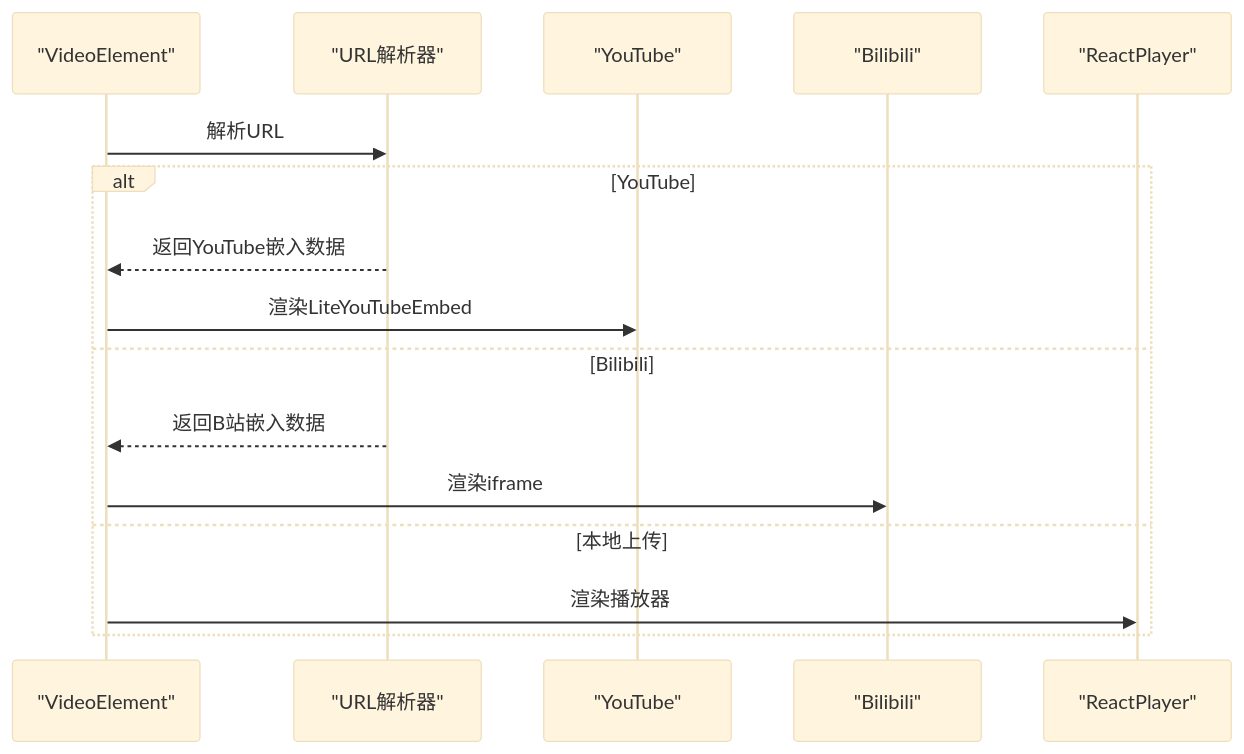
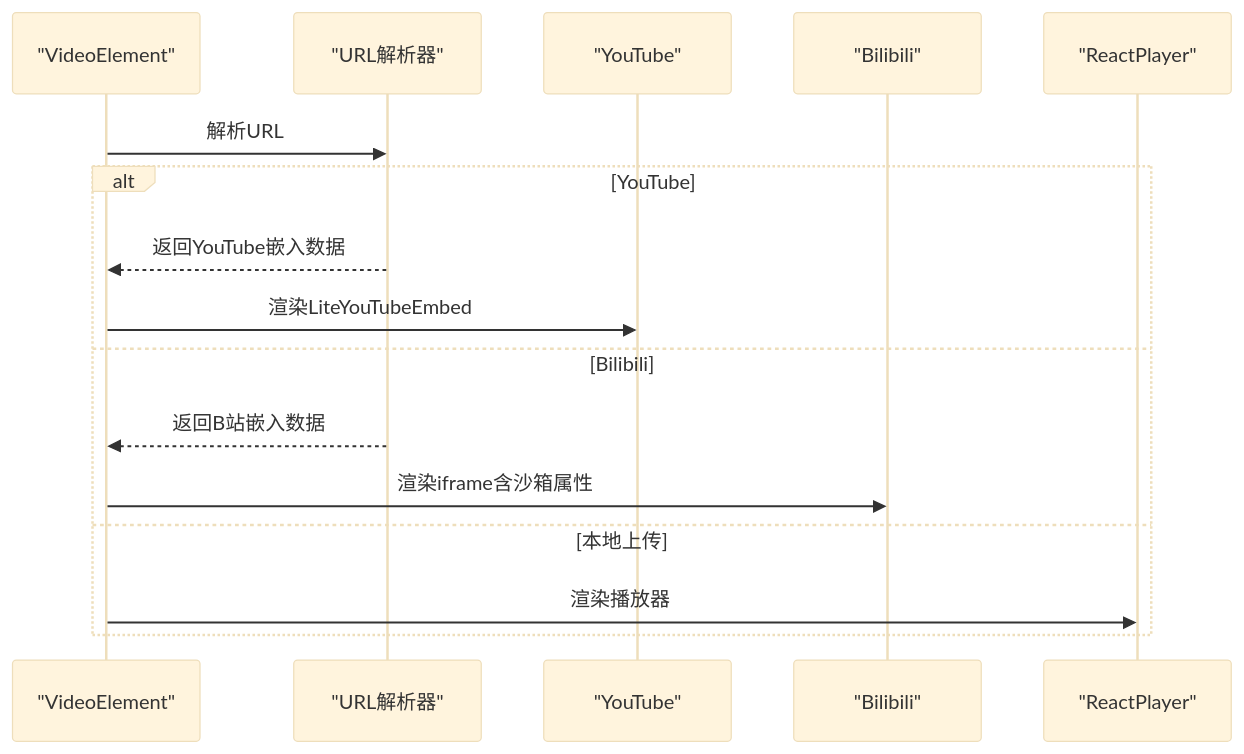
Before and after one commit to BlackBoxRecorder/uninote: the fifth of 6 diagrams in .qoder/repowiki/zh/content/笔记管理系统/富文本编辑器集成/编辑器插件系统/媒体内容插件.md, drawn with Mermaid (base theme). The commit also changed other lines of this file and 36 other files, not shown here.

````diff
--- a/.qoder/repowiki/zh/content/笔记管理系统/富文本编辑器集成/编辑器插件系统/媒体内容插件.md
+++ b/.qoder/repowiki/zh/content/笔记管理系统/富文本编辑器集成/编辑器插件系统/媒体内容插件.md
@@ -207,18 +214,18 @@
 ```mermaid
 sequenceDiagram
 participant V as "VideoElement"
 participant U as "URL解析器"
 participant Y as "YouTube"
 participant B as "Bilibili"
 participant R as "ReactPlayer"
 V->>U : 解析URL
 alt YouTube
 U-->>V : 返回YouTube嵌入数据
 V->>Y : 渲染LiteYouTubeEmbed
 else Bilibili
 U-->>V : 返回B站嵌入数据
-V->>B : 渲染iframe
+V->>B : 渲染iframe含沙箱属性
 else 本地上传
 V->>R : 渲染播放器
 end
 ```
````
